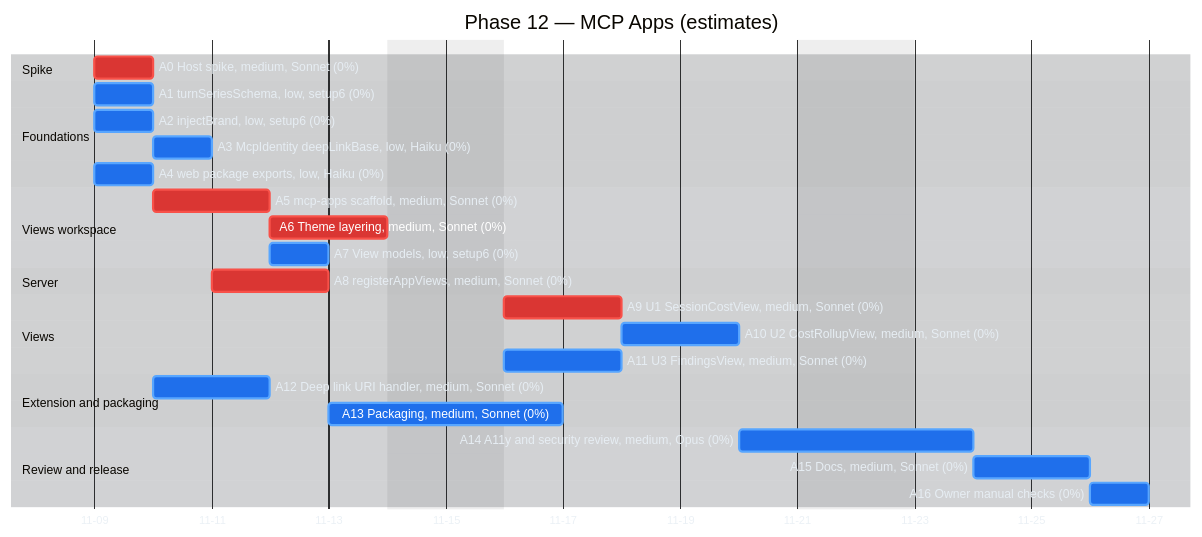
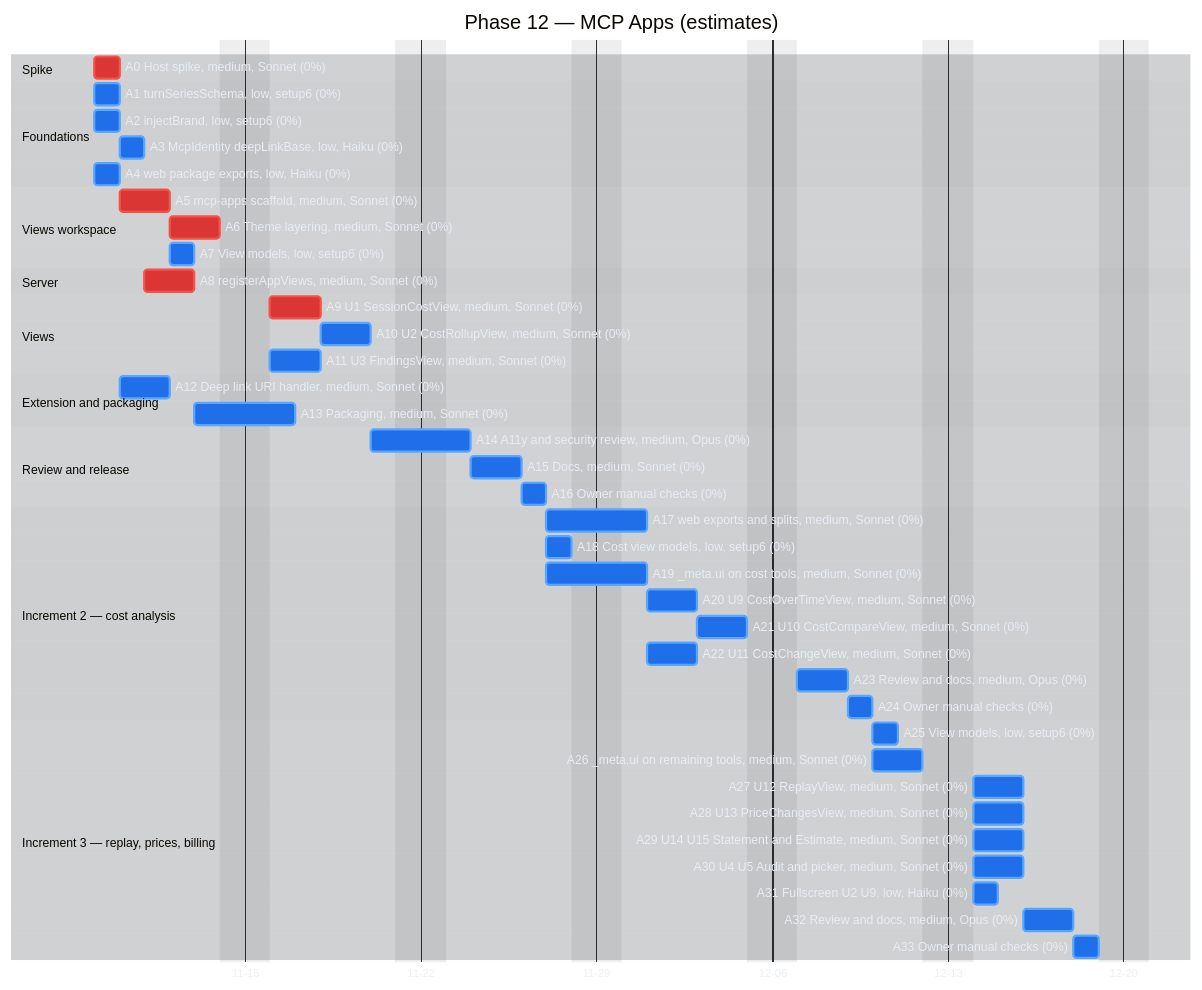
The second of 3 diagrams in docs/implementation-plan-gantt.md (raulkivi/agent-cost-analyzer), drawn with Mermaid before and after one commit. The commit also changed other lines of this file and 2 other files, not shown here.

Commit message:
docs: extend Phase 12 MCP Apps plan to the Phase 14 and 15 tools
Judge every one of today's 21 standalone / 19 extension MCP tools for a
view: add Increment 2 (cost over time, compare, cost change views for
the Phase 15 cost-analysis tools) and Increment 3 (replay, price
changes, statement and estimate, audit, session picker), with view
models, display rules, security notes, tasks A17-A33 and per-increment
exit criteria. Fix the stale blocker (ext-v0.1.0 shipped) and the
9-tool exit criterion; update the dependency graph and Gantt chart.

Claude-Session: https://claude.ai/code/session_01PVQRZYo1RY71mogK2GLGNu

````diff
--- a/docs/implementation-plan-gantt.md
+++ b/docs/implementation-plan-gantt.md
@@ -173,4 +174,25 @@
     A14 A11y and security review, medium, Opus (0%) :a14, after a9 a10 a11, 2d
     A15 Docs, medium, Sonnet (0%)                :a15, after a13 a14, 2d
     A16 Owner manual checks (0%)                 :a16, after a15, 1d
+
+    section Increment 2 — cost analysis
+    A17 web exports and splits, medium, Sonnet (0%) :a17, after a16, 2d
+    A18 Cost view models, low, setup6 (0%)       :a18, after a16, 1d
+    A19 _meta.ui on cost tools, medium, Sonnet (0%) :a19, after a16, 2d
+    A20 U9 CostOverTimeView, medium, Sonnet (0%) :a20, after a17 a18 a19, 2d
+    A21 U10 CostCompareView, medium, Sonnet (0%) :a21, after a20, 2d
+    A22 U11 CostChangeView, medium, Sonnet (0%)  :a22, after a17 a18 a19, 2d
+    A23 Review and docs, medium, Opus (0%)       :a23, after a21 a22, 2d
+    A24 Owner manual checks (0%)                 :a24, after a23, 1d
+
+    section Increment 3 — replay, prices, billing
+    A25 View models, low, setup6 (0%)            :a25, after a24, 1d
+    A26 _meta.ui on remaining tools, medium, Sonnet (0%) :a26, after a24, 2d
+    A27 U12 ReplayView, medium, Sonnet (0%)      :a27, after a25 a26, 2d
+    A28 U13 PriceChangesView, medium, Sonnet (0%) :a28, after a25 a26, 2d
+    A29 U14 U15 Statement and Estimate, medium, Sonnet (0%) :a29, after a25 a26, 2d
+    A30 U4 U5 Audit and picker, medium, Sonnet (0%) :a30, after a26, 2d
+    A31 Fullscreen U2 U9, low, Haiku (0%)        :a31, after a26, 1d
+    A32 Review and docs, medium, Opus (0%)       :a32, after a27 a28 a29 a30 a31, 2d
+    A33 Owner manual checks (0%)                 :a33, after a32, 1d
 ```
````
